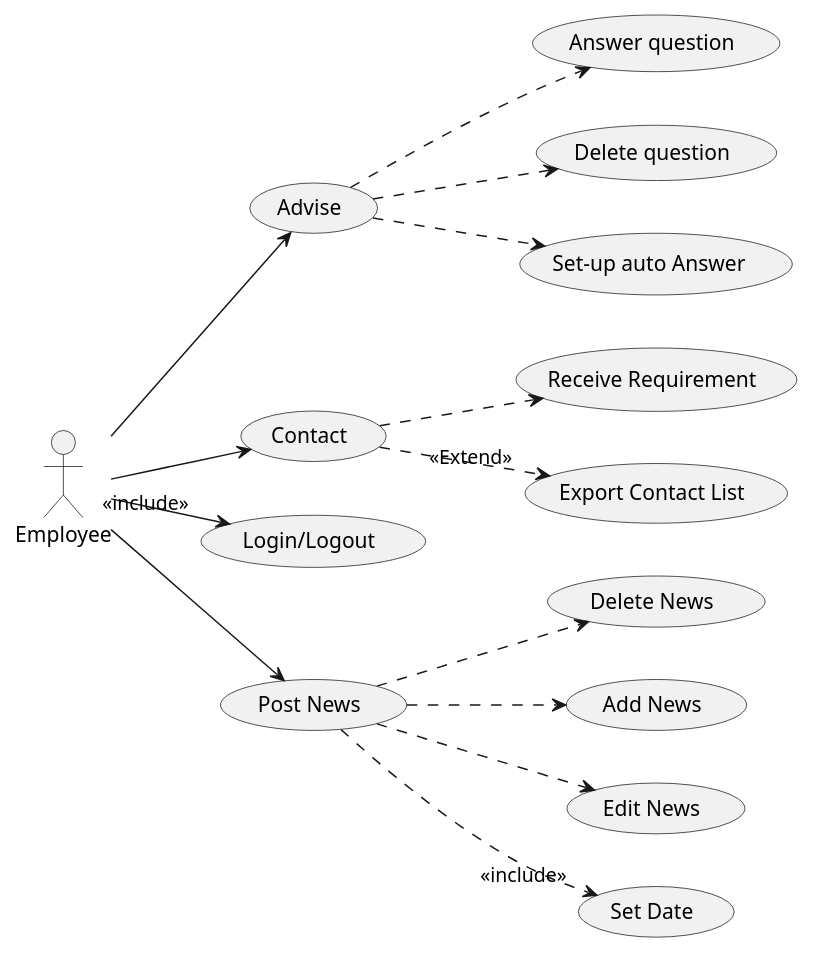
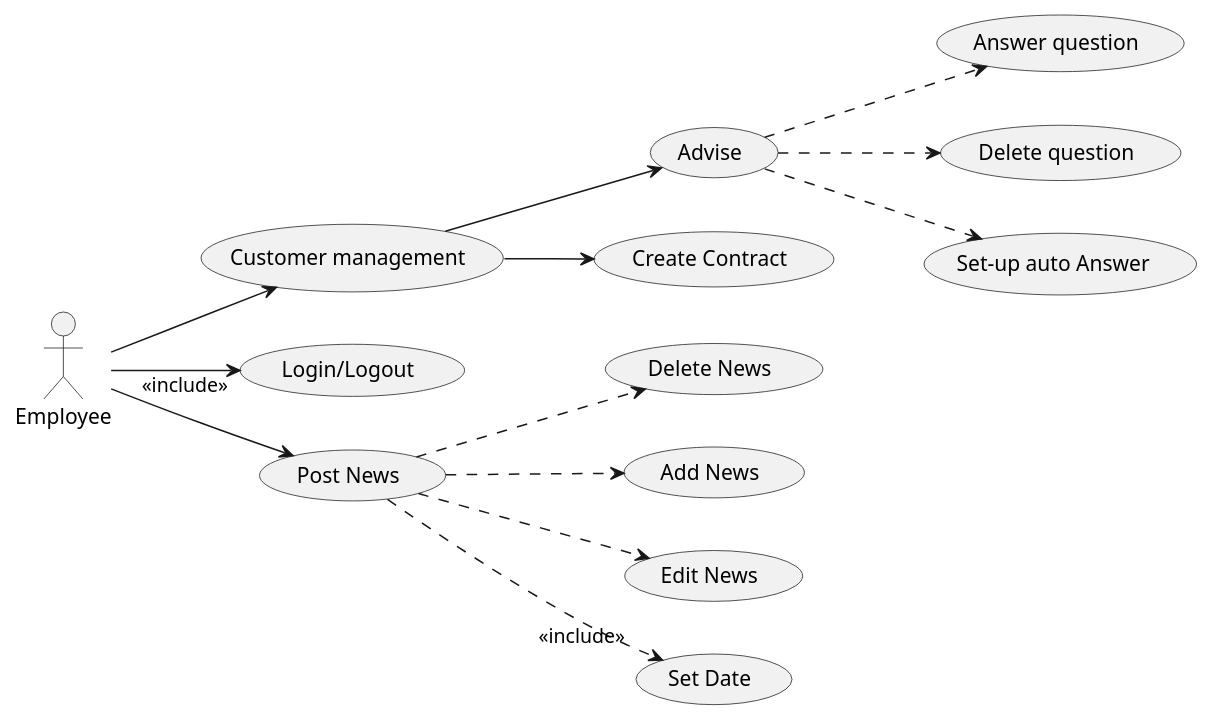
The diagram in Lab1.2/UseCase_Diagram/Usecase_Employee.plantuml (KaLord2231/SE357-Pratice-class), drawn with PlantUML before and after one commit. The commit also changed 8 other files, not shown here.

```diff
--- a/Lab1.2/UseCase_Diagram/Usecase_Employee.plantuml
+++ b/Lab1.2/UseCase_Diagram/Usecase_Employee.plantuml
@@ -1,33 +1,32 @@
 @startuml
 left to right direction
 skinparam DefaultTextAlignment center
 skinparam style strictuml
 Actor Employee as Emp
 usecase "Advise" as UCAdv
 usecase "Answer question" as UCAns
 usecase "Delete question" as UCDeQ
 usecase "Set-up auto Answer " as UCSeAuto
-Emp-->UCAdv
+usecase "Customer management"as CusM
+Emp-->CusM
+
+CusM-->UCAdv
 (UCAdv)..>(UCAns)
 (UCAdv)..>(UCDeQ)
 (UCAdv)..>(UCSeAuto)
-usecase "Contact" as UCCont
-usecase "Receive Requirement" as UCReq /'Tiếp nhận yêu cầu'/
-usecase "Export Contact List" as UCExCL /'Xuất danh sách liên hệ'/
-Emp-->(UCCont)
-(UCCont)..>(UCReq)
-(UCCont)..>"<<Extend>>"(UCExCL)
+usecase "Create Contract" as UCCont
+CusM-->(UCCont)
 usecase "Login/Logout" as UCAcc
 Emp-->"<<include>>"(UCAcc)
 '/Đăng tin BDS'/
 usecase "Post News" as UCNew
  usecase "Delete News" as UcDeNews
  usecase "Add News" as UcAdNews
  usecase "Edit News" as UcEdNews
  usecase "Set Date"as UCSetDate /'Lên lịch đăng tin'/
  (UCNew)..>"<<include>>"(UCSetDate)
  (UCNew)..>(UcAdNews)
  (UCNew)..>(UcEdNews)
  (UCNew)..>(UcDeNews)
  Emp-->(UCNew)
 @enduml
```
